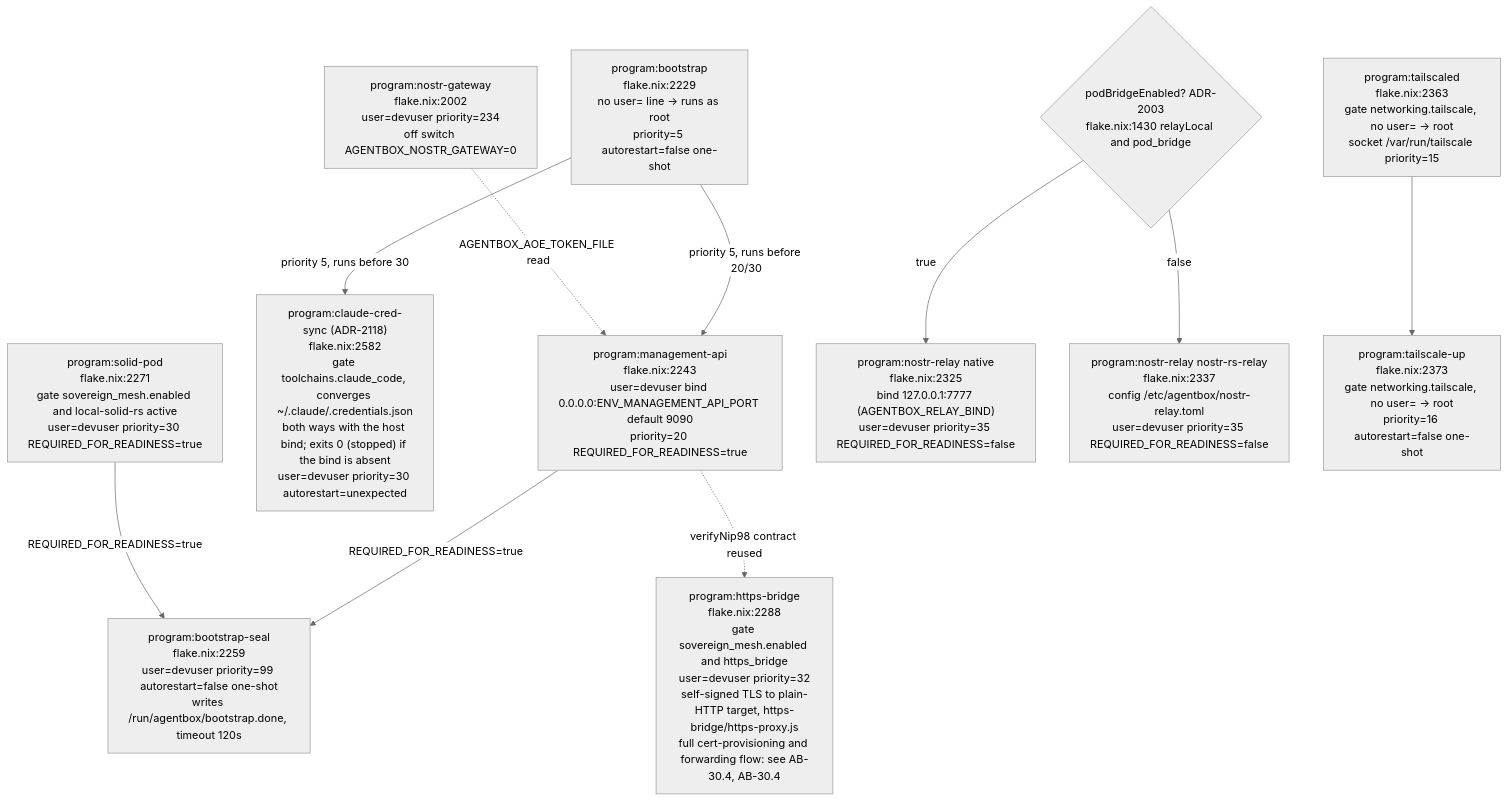
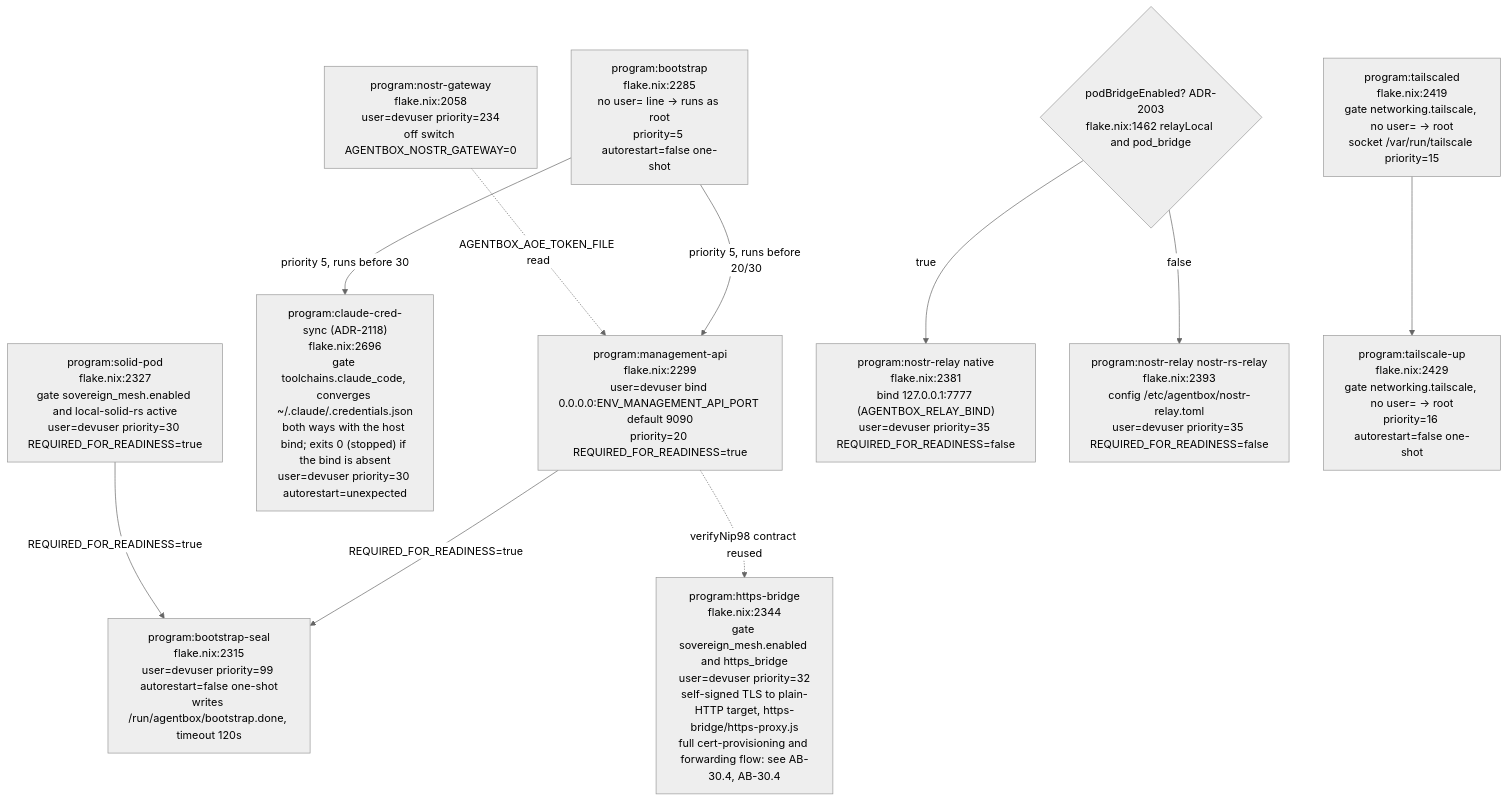
Before and after one commit to DreamLab-AI/VisionFlow: the fourth of 20 diagrams in docs/diagrams/agentbox/02-boot-sequence-and-readiness.md, drawn with Mermaid (neutral theme). The commit also changed other lines of this file and 94 other files, not shown here.

First line of the commit message:
docs(diagrams): re-verify 130 topics against 2 October HEADs

````diff
--- a/docs/diagrams/agentbox/02-boot-sequence-and-readiness.md
+++ b/docs/diagrams/agentbox/02-boot-sequence-and-readiness.md
@@ -200,25 +202,25 @@
 ```mermaid
 flowchart TB
-    BOOT["program:bootstrap<br/>flake.nix:2229<br/>no user= line -&gt; runs as root<br/>priority=5 autorestart=false one-shot"]
-    MGMT["program:management-api<br/>flake.nix:2243<br/>user=devuser bind 0.0.0.0:ENV_MANAGEMENT_API_PORT default 9090<br/>priority=20 REQUIRED_FOR_READINESS=true"]
-    CRED["program:claude-cred-sync (ADR-2118)<br/>flake.nix:2582<br/>gate toolchains.claude_code, converges ~/.claude/.credentials.json<br/>both ways with the host bind; exits 0 (stopped) if the bind is absent<br/>user=devuser priority=30 autorestart=unexpected"]
-    SEAL["program:bootstrap-seal<br/>flake.nix:2259<br/>user=devuser priority=99 autorestart=false one-shot<br/>writes /run/agentbox/bootstrap.done, timeout 120s"]
-    SOLID["program:solid-pod<br/>flake.nix:2271<br/>gate sovereign_mesh.enabled and local-solid-rs active<br/>user=devuser priority=30 REQUIRED_FOR_READINESS=true"]
-    HTTPSB["program:https-bridge<br/>flake.nix:2288<br/>gate sovereign_mesh.enabled and https_bridge<br/>user=devuser priority=32<br/>self-signed TLS to plain-HTTP target, https-bridge/https-proxy.js<br/>full cert-provisioning and forwarding flow: see AB-30.4, AB-30.4"]
-    GATERELAY{"podBridgeEnabled? ADR-2003<br/>flake.nix:1430 relayLocal and pod_bridge"}
-    NRELAY1["program:nostr-relay native<br/>flake.nix:2325<br/>bind 127.0.0.1:7777 (AGENTBOX_RELAY_BIND)<br/>user=devuser priority=35 REQUIRED_FOR_READINESS=false"]
-    NRELAY2["program:nostr-relay nostr-rs-relay<br/>flake.nix:2337<br/>config /etc/agentbox/nostr-relay.toml<br/>user=devuser priority=35 REQUIRED_FOR_READINESS=false"]
-    NGW["program:nostr-gateway<br/>flake.nix:2002<br/>user=devuser priority=234<br/>off switch AGENTBOX_NOSTR_GATEWAY=0"]
-    TSD["program:tailscaled<br/>flake.nix:2363<br/>gate networking.tailscale, no user= -&gt; root<br/>socket /var/run/tailscale priority=15"]
-    TSU["program:tailscale-up<br/>flake.nix:2373<br/>gate networking.tailscale, no user= -&gt; root<br/>priority=16 autorestart=false one-shot"]
+    BOOT["program:bootstrap<br/>flake.nix:2285<br/>no user= line -&gt; runs as root<br/>priority=5 autorestart=false one-shot"]
+    MGMT["program:management-api<br/>flake.nix:2299<br/>user=devuser bind 0.0.0.0:ENV_MANAGEMENT_API_PORT default 9090<br/>priority=20 REQUIRED_FOR_READINESS=true"]
+    CRED["program:claude-cred-sync (ADR-2118)<br/>flake.nix:2696<br/>gate toolchains.claude_code, converges ~/.claude/.credentials.json<br/>both ways with the host bind; exits 0 (stopped) if the bind is absent<br/>user=devuser priority=30 autorestart=unexpected"]
+    SEAL["program:bootstrap-seal<br/>flake.nix:2315<br/>user=devuser priority=99 autorestart=false one-shot<br/>writes /run/agentbox/bootstrap.done, timeout 120s"]
+    SOLID["program:solid-pod<br/>flake.nix:2327<br/>gate sovereign_mesh.enabled and local-solid-rs active<br/>user=devuser priority=30 REQUIRED_FOR_READINESS=true"]
+    HTTPSB["program:https-bridge<br/>flake.nix:2344<br/>gate sovereign_mesh.enabled and https_bridge<br/>user=devuser priority=32<br/>self-signed TLS to plain-HTTP target, https-bridge/https-proxy.js<br/>full cert-provisioning and forwarding flow: see AB-30.4, AB-30.4"]
+    GATERELAY{"podBridgeEnabled? ADR-2003<br/>flake.nix:1462 relayLocal and pod_bridge"}
+    NRELAY1["program:nostr-relay native<br/>flake.nix:2381<br/>bind 127.0.0.1:7777 (AGENTBOX_RELAY_BIND)<br/>user=devuser priority=35 REQUIRED_FOR_READINESS=false"]
+    NRELAY2["program:nostr-relay nostr-rs-relay<br/>flake.nix:2393<br/>config /etc/agentbox/nostr-relay.toml<br/>user=devuser priority=35 REQUIRED_FOR_READINESS=false"]
+    NGW["program:nostr-gateway<br/>flake.nix:2058<br/>user=devuser priority=234<br/>off switch AGENTBOX_NOSTR_GATEWAY=0"]
+    TSD["program:tailscaled<br/>flake.nix:2419<br/>gate networking.tailscale, no user= -&gt; root<br/>socket /var/run/tailscale priority=15"]
+    TSU["program:tailscale-up<br/>flake.nix:2429<br/>gate networking.tailscale, no user= -&gt; root<br/>priority=16 autorestart=false one-shot"]
 
     BOOT -->|"priority 5, runs before 20/30"| MGMT
     BOOT -->|"priority 5, runs before 30"| CRED
     MGMT -->|"REQUIRED_FOR_READINESS=true"| SEAL
     SOLID -->|"REQUIRED_FOR_READINESS=true"| SEAL
     GATERELAY -->|true| NRELAY1
     GATERELAY -->|false| NRELAY2
     MGMT -.->|"verifyNip98 contract reused"| HTTPSB
     TSD --> TSU
     NGW -.->|"AGENTBOX_AOE_TOKEN_FILE read"| MGMT
 ```
````
